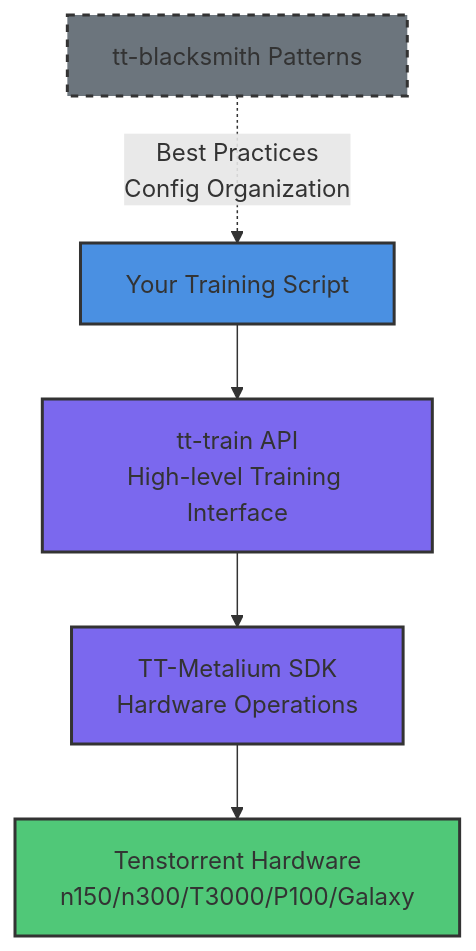
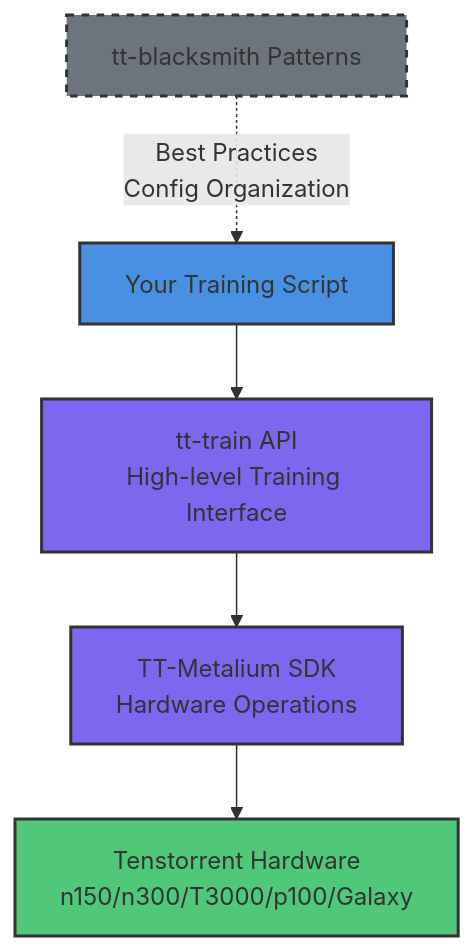
One commit to tenstorrent/tt-vscode-toolkit changed the first of 2 diagrams in content/lessons/ct1-understanding-training.md. Above: the diagram before and after it, drawn with Mermaid. The commit also changed other lines of this file and 108 other files, not shown here.

````diff
--- a/content/lessons/ct1-understanding-training.md
+++ b/content/lessons/ct1-understanding-training.md
@@ -121,14 +121,14 @@
 ```mermaid
 graph TD
     A[Your Training Script] --> B[tt-train API<br/>High-level Training Interface]
     B --> C[TT-Metalium SDK<br/>Hardware Operations]
-    C --> D[Tenstorrent Hardware<br/>n150/n300/T3000/P100/Galaxy]
+    C --> D[Tenstorrent Hardware<br/>n150/n300/T3000/p100/Galaxy]
 
     E[tt-blacksmith Patterns] -.->|Best Practices<br/>Config Organization| A
 
     style A fill:#4A90E2,stroke:#333,stroke-width:2px
     style B fill:#7B68EE,stroke:#333,stroke-width:2px
     style C fill:#7B68EE,stroke:#333,stroke-width:2px
     style D fill:#50C878,stroke:#333,stroke-width:2px
     style E fill:#6C757D,stroke:#333,stroke-width:2px,stroke-dasharray: 5 5
 ```
````
